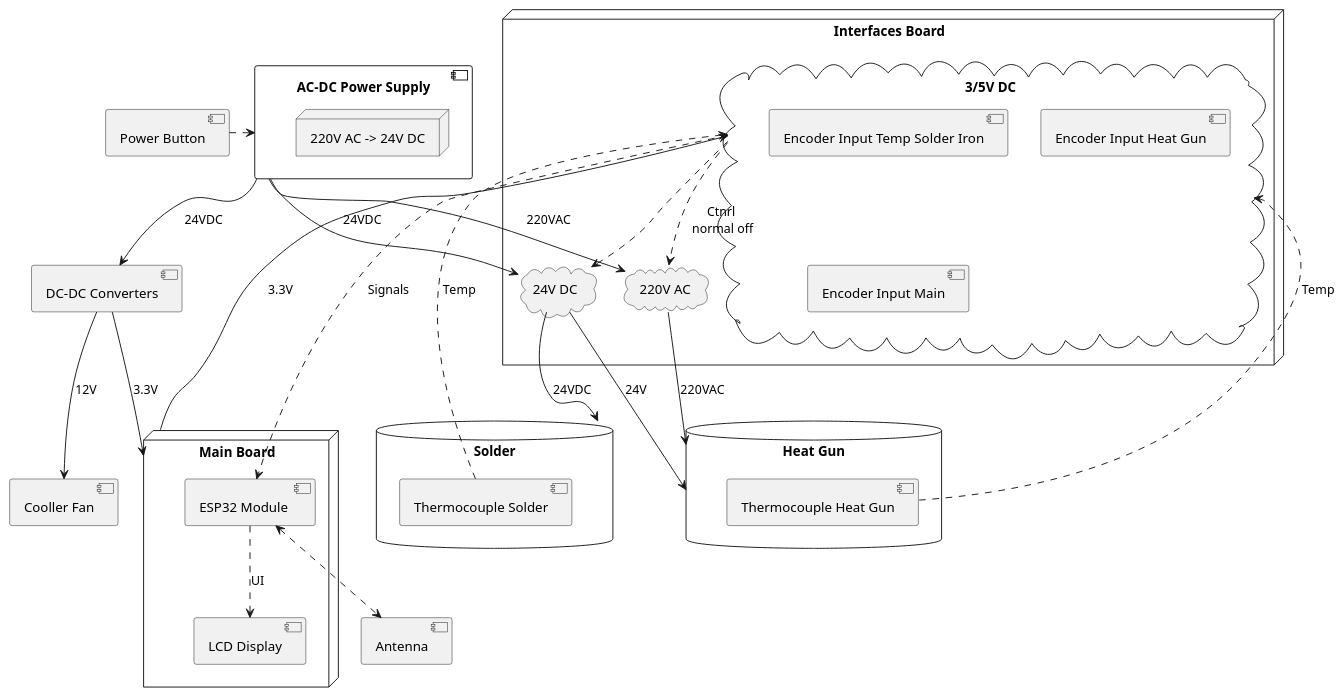
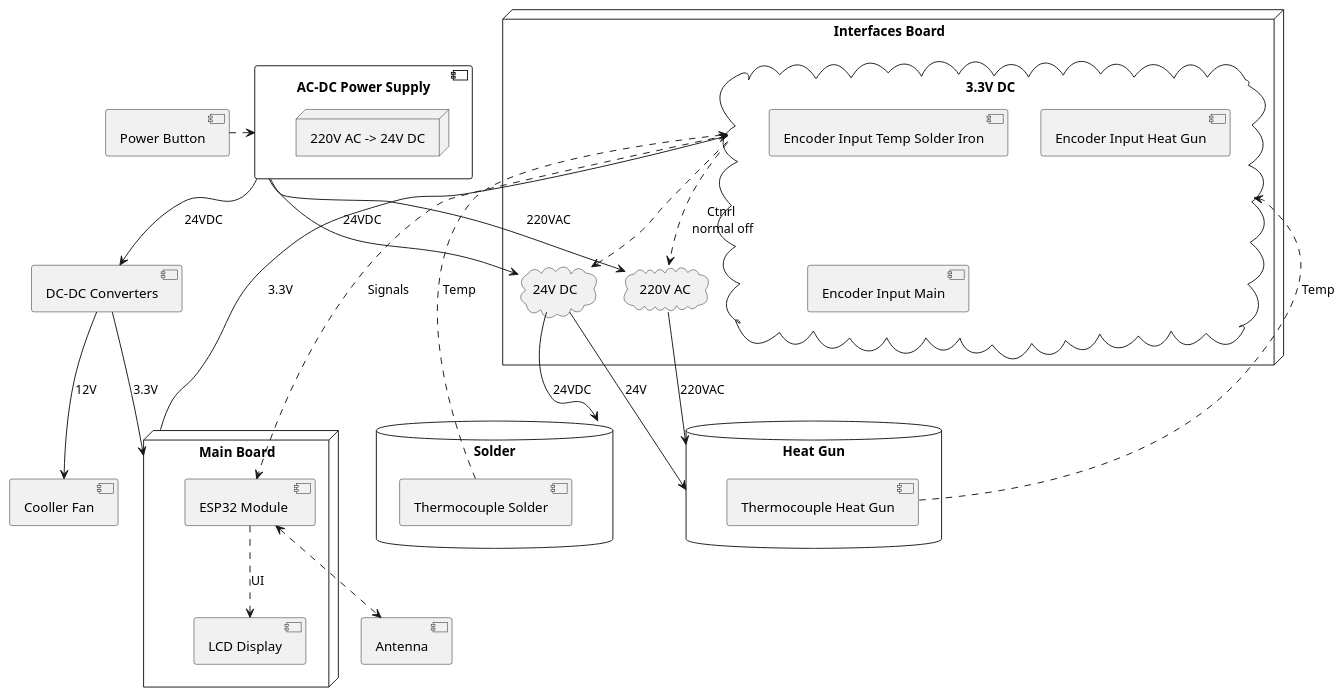
Before and after one commit to keyfour/Phixilab-Soldering-Station: the diagram in doc/device_structure.puml, drawn with PlantUML. The commit also changed 1 other file, not shown here.

```diff
--- a/doc/device_structure.puml
+++ b/doc/device_structure.puml
@@ -1,57 +1,57 @@
 @startuml
 
 component "AC-DC Power Supply" as power {
     node "220V AC -> 24V DC"
 }
 component "DC-DC Converters" as converter
 component "Cooller Fan" as cooller
 component "Antenna" as antenna
 component "Power Button" as button
 
 database "Solder" as solder {
     component "Thermocouple Solder" as thcSolder
 }
 
 database "Heat Gun" as gun {
     component "Thermocouple Heat Gun" as thcHeat
 }
 
 node "Main Board" as main {
     component "LCD Display" as display
     component "ESP32 Module " as mcu
 }
 
 node "Interfaces Board" as interfaces {
-    cloud "3/5V DC" as lvdomain {
+    cloud "3.3V DC" as lvdomain {
         component "Encoder Input Temp Solder Iron" as inputTemp
         component "Encoder Input Heat Gun" as inputHeat
         component "Encoder Input Main" as inputMain
     }
     cloud "220V AC" as hvdomain
     cloud "24V DC"  as mvdomain
 }
 
 power --> converter : 24VDC
 power --> hvdomain : 220VAC
 power --> mvdomain : 24VDC
 converter --> main : 3.3V
 converter --> cooller : 12V
 mvdomain -down-> solder : 24VDC   
 hvdomain -down-> gun : 220VAC
 main --> lvdomain : 3.3V
 mvdomain --> gun : 24V
 
 thcSolder ..> lvdomain : Temp
 thcHeat ..> lvdomain : Temp
 
 lvdomain ...> mcu : Signals
 mcu ..> display : UI
 
 lvdomain ..> hvdomain : Ctnrl\n normal off
 lvdomain ..> mvdomain
 
 mcu <..> antenna
 
 button .r.> power
 
 @enduml
```
